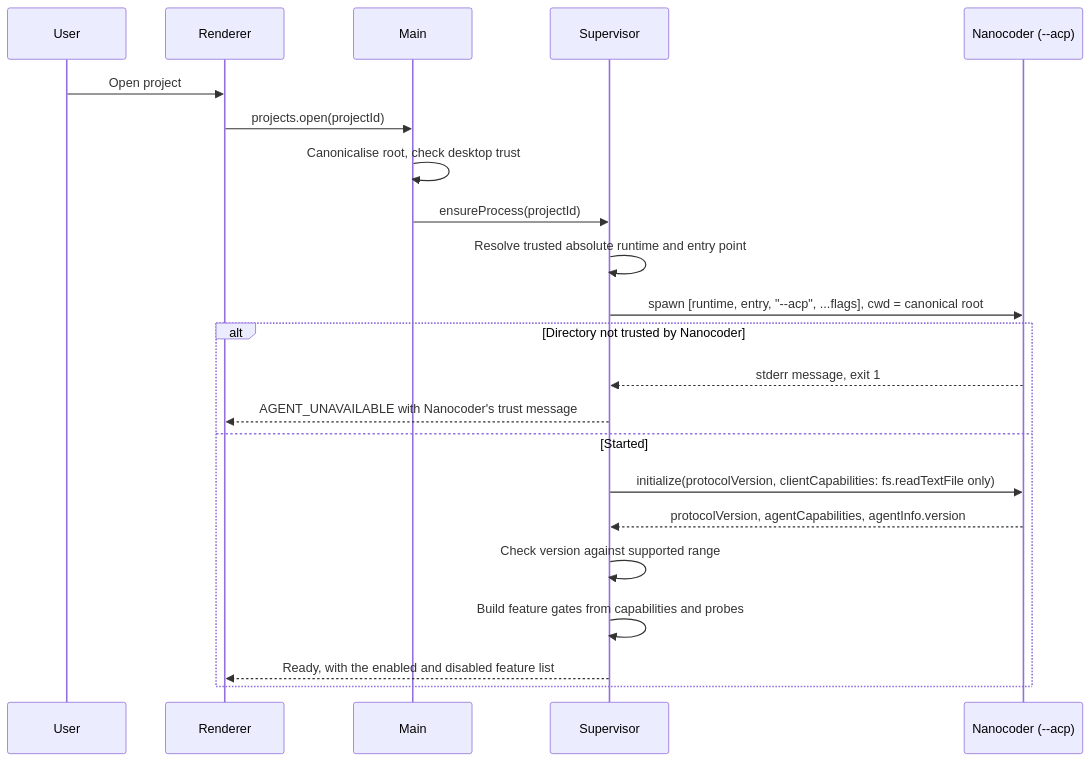
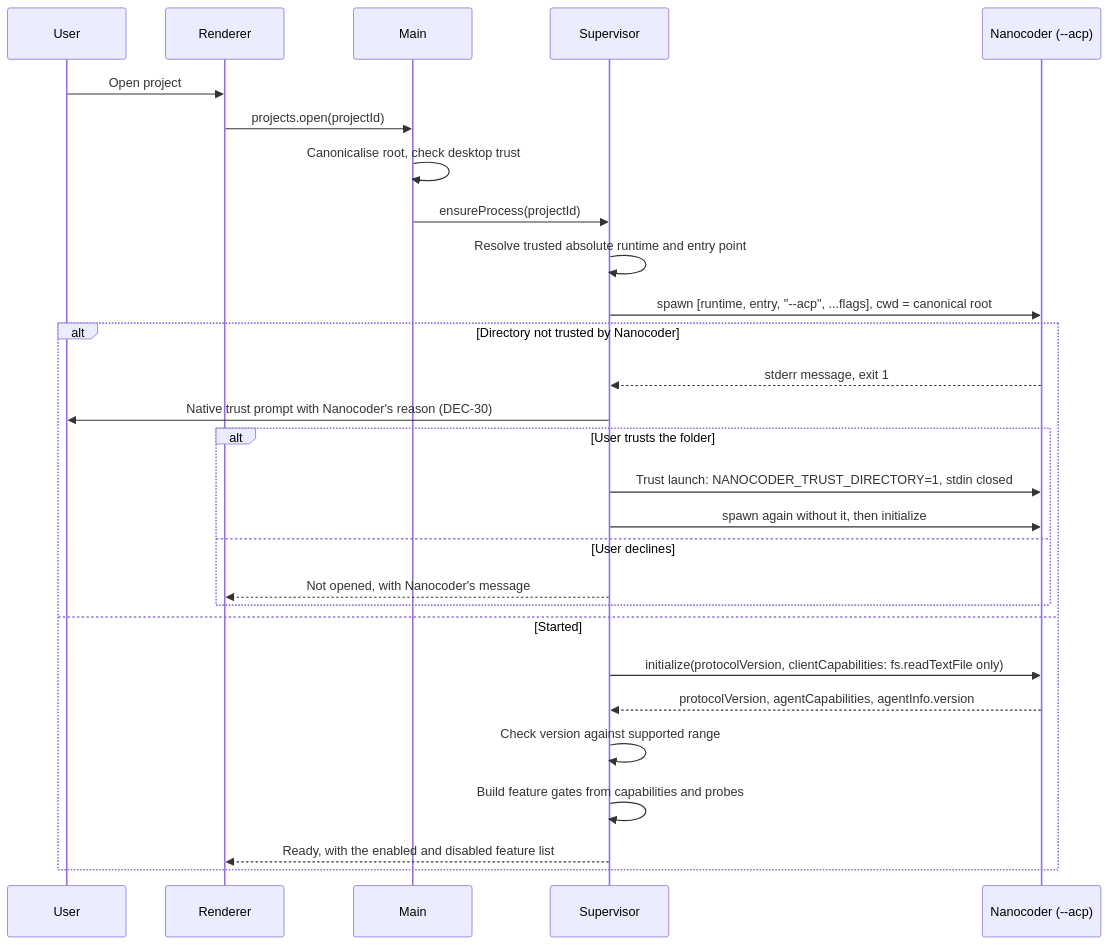
One commit to Nano-Collective/nanocoder-desktop changed the third of 7 diagrams in planning/architecture.md. Above: the diagram before and after it, drawn with Mermaid. The commit also changed 30 other files, not shown here.

````diff
--- a/planning/architecture.md
+++ b/planning/architecture.md
@@ -182,25 +182,31 @@
 ```mermaid
 sequenceDiagram
     participant U as User
     participant R as Renderer
     participant M as Main
     participant S as Supervisor
     participant N as Nanocoder (--acp)
 
     U->>R: Open project
     R->>M: projects.open(projectId)
     M->>M: Canonicalise root, check desktop trust
     M->>S: ensureProcess(projectId)
     S->>S: Resolve trusted absolute runtime and entry point
     S->>N: spawn [runtime, entry, "--acp", ...flags], cwd = canonical root
     alt Directory not trusted by Nanocoder
         N-->>S: stderr message, exit 1
-        S-->>R: AGENT_UNAVAILABLE with Nanocoder's trust message
+        S->>U: Native trust prompt with Nanocoder's reason (DEC-30)
+        alt User trusts the folder
+            S->>N: Trust launch: NANOCODER_TRUST_DIRECTORY=1, stdin closed
+            S->>N: spawn again without it, then initialize
+        else User declines
+            S-->>R: Not opened, with Nanocoder's message
+        end
     else Started
         S->>N: initialize(protocolVersion, clientCapabilities: fs.readTextFile only)
         N-->>S: protocolVersion, agentCapabilities, agentInfo.version
         S->>S: Check version against supported range
         S->>S: Build feature gates from capabilities and probes
         S-->>R: Ready, with the enabled and disabled feature list
     end
 ```
````
